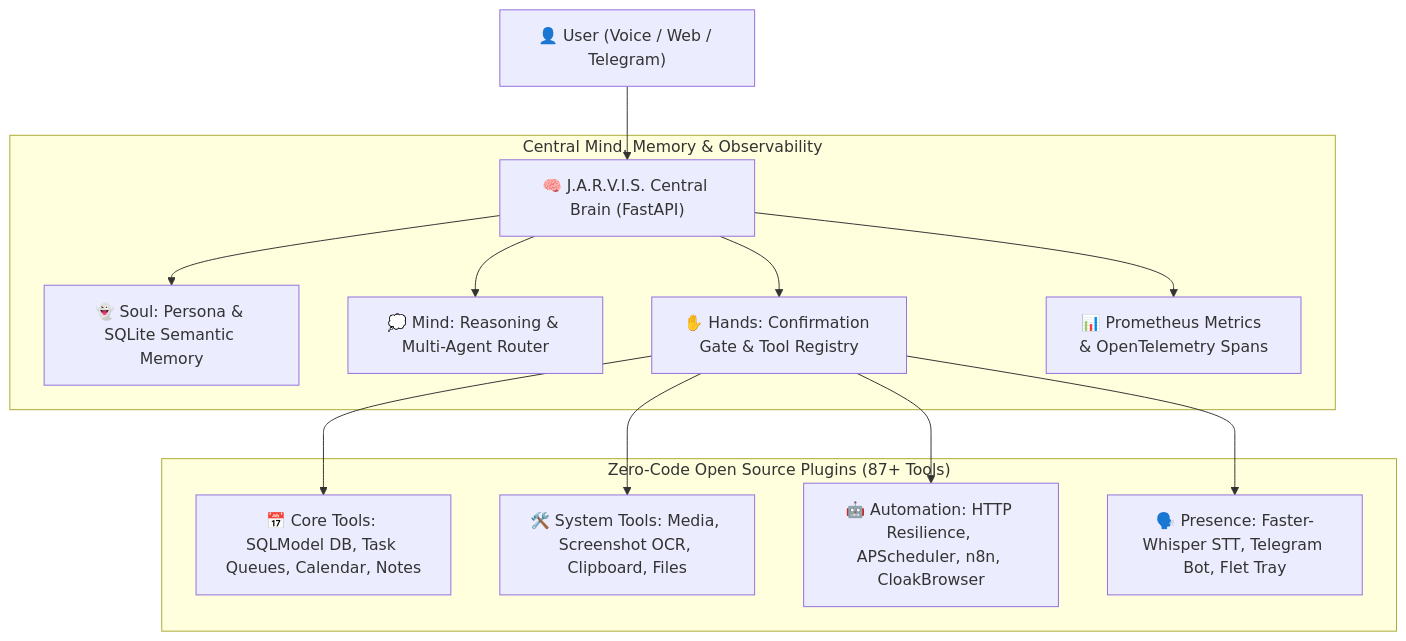
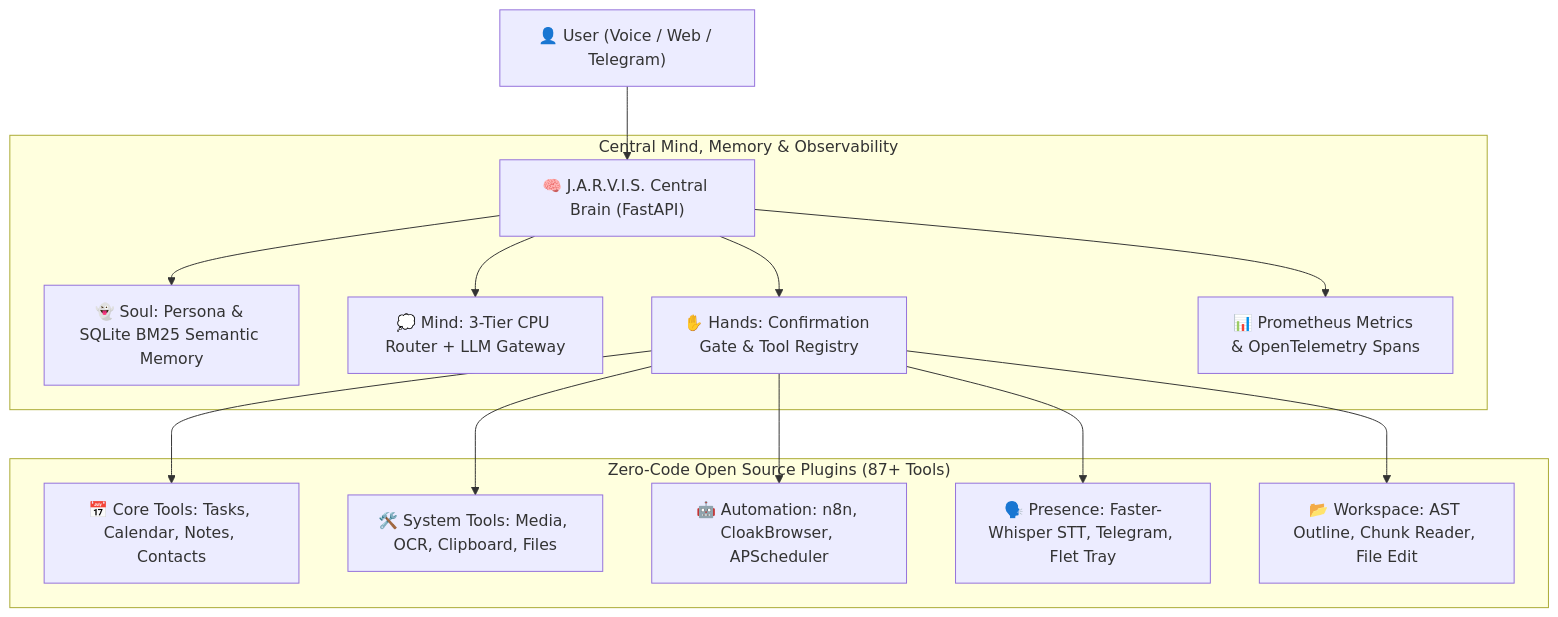
The diagram in README.md (dr-week/J.A.R.V.I.S), drawn with Mermaid before and after one commit. The commit also changed other lines of this file, not shown here.

````diff
--- a/README.md
+++ b/README.md
@@ -159,18 +103,19 @@
 ```mermaid
 graph TD
     A["👤 User (Voice / Web / Telegram)"] --> B["🧠 J.A.R.V.I.S. Central Brain (FastAPI)"]
-    
+
     subgraph Brain ["Central Mind, Memory & Observability"]
-        B --> C["👻 Soul: Persona & SQLite Semantic Memory"]
-        B --> D["💭 Mind: Reasoning & Multi-Agent Router"]
+        B --> C["👻 Soul: Persona & SQLite BM25 Semantic Memory"]
+        B --> D["💭 Mind: 3-Tier CPU Router + LLM Gateway"]
         B --> E["✋ Hands: Confirmation Gate & Tool Registry"]
         B --> M["📊 Prometheus Metrics & OpenTelemetry Spans"]
     end
-    
+
     subgraph Ecosystem ["Zero-Code Open Source Plugins (87+ Tools)"]
-        E --> F["📅 Core Tools: SQLModel DB, Task Queues, Calendar, Notes"]
-        E --> G["🛠️ System Tools: Media, Screenshot OCR, Clipboard, Files"]
-        E --> H["🤖 Automation: HTTP Resilience, APScheduler, n8n, CloakBrowser"]
-        E --> I["🗣️ Presence: Faster-Whisper STT, Telegram Bot, Flet Tray"]
+        E --> F["📅 Core Tools: Tasks, Calendar, Notes, Contacts"]
+        E --> G["🛠️ System Tools: Media, OCR, Clipboard, Files"]
+        E --> H["🤖 Automation: n8n, CloakBrowser, APScheduler"]
+        E --> I["🗣️ Presence: Faster-Whisper STT, Telegram, Flet Tray"]
+        E --> W["📂 Workspace: AST Outline, Chunk Reader, File Edit"]
     end
 ```
````
